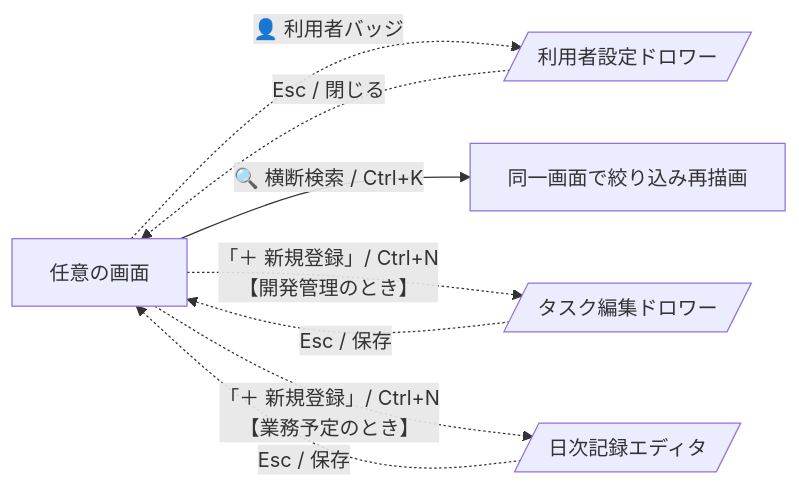
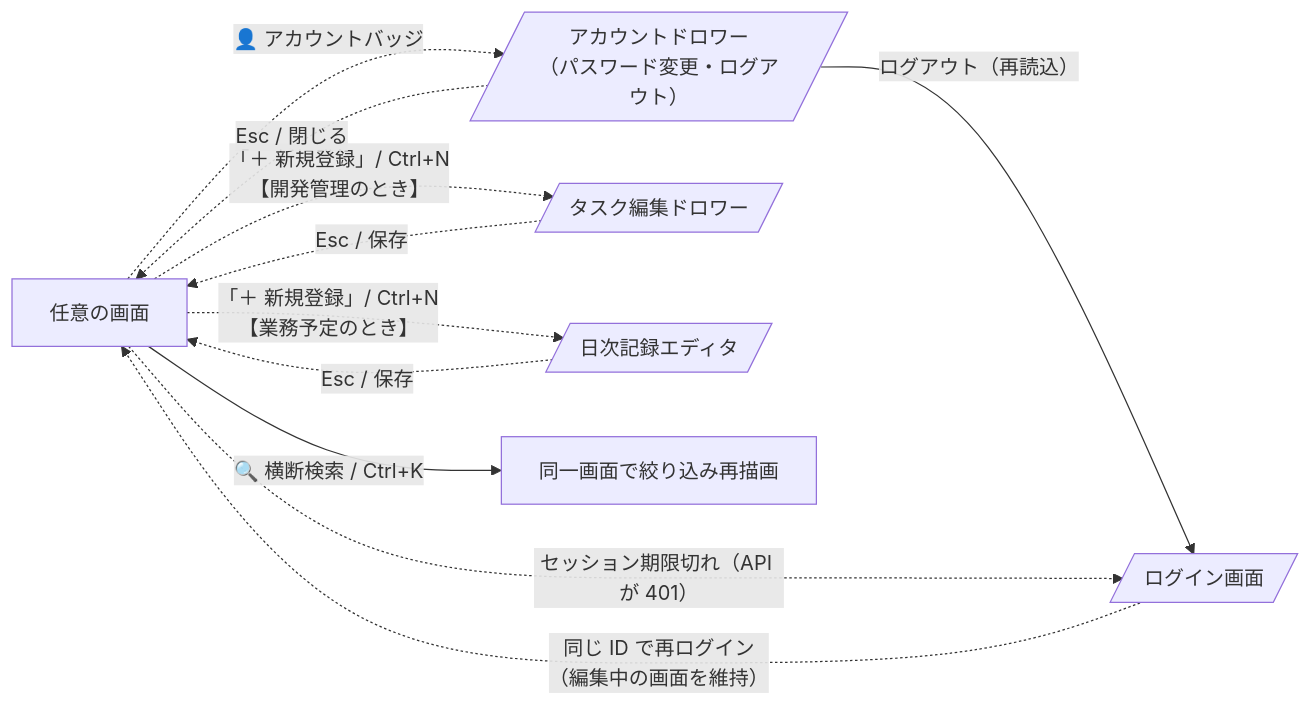
The sixth of 7 diagrams in docs/画面遷移図.md (okSJ28/management-tool), drawn with Mermaid before and after one commit. The commit also changed other lines of this file and 63 other files, not shown here.

````diff
--- a/docs/画面遷移図.md
+++ b/docs/画面遷移図.md
@@ -224,16 +233,20 @@
 ```mermaid
 flowchart LR
     ANY["任意の画面"]
-    USER[/"利用者設定ドロワー"/]
+    USER[/"アカウントドロワー<br/>（パスワード変更・ログアウト）"/]
+    LOGIN[/"ログイン画面"/]
     QADD1[/"タスク編集ドロワー"/]
     QADD2[/"日次記録エディタ"/]
     SEARCH["同一画面で絞り込み再描画"]
 
-    ANY -.->|"👤 利用者バッジ"| USER
+    ANY -.->|"👤 アカウントバッジ"| USER
+    USER -->|"ログアウト（再読込）"| LOGIN
+    ANY -.->|"セッション期限切れ（API が 401）"| LOGIN
+    LOGIN -.->|"同じ ID で再ログイン<br/>（編集中の画面を維持）"| ANY
     ANY -->|"🔍 横断検索 / Ctrl+K"| SEARCH
     ANY -.->|"「＋ 新規登録」/ Ctrl+N<br/>【開発管理のとき】"| QADD1
     ANY -.->|"「＋ 新規登録」/ Ctrl+N<br/>【業務予定のとき】"| QADD2
     USER -.->|"Esc / 閉じる"| ANY
     QADD1 -.->|"Esc / 保存"| ANY
     QADD2 -.->|"Esc / 保存"| ANY
 ```
````
